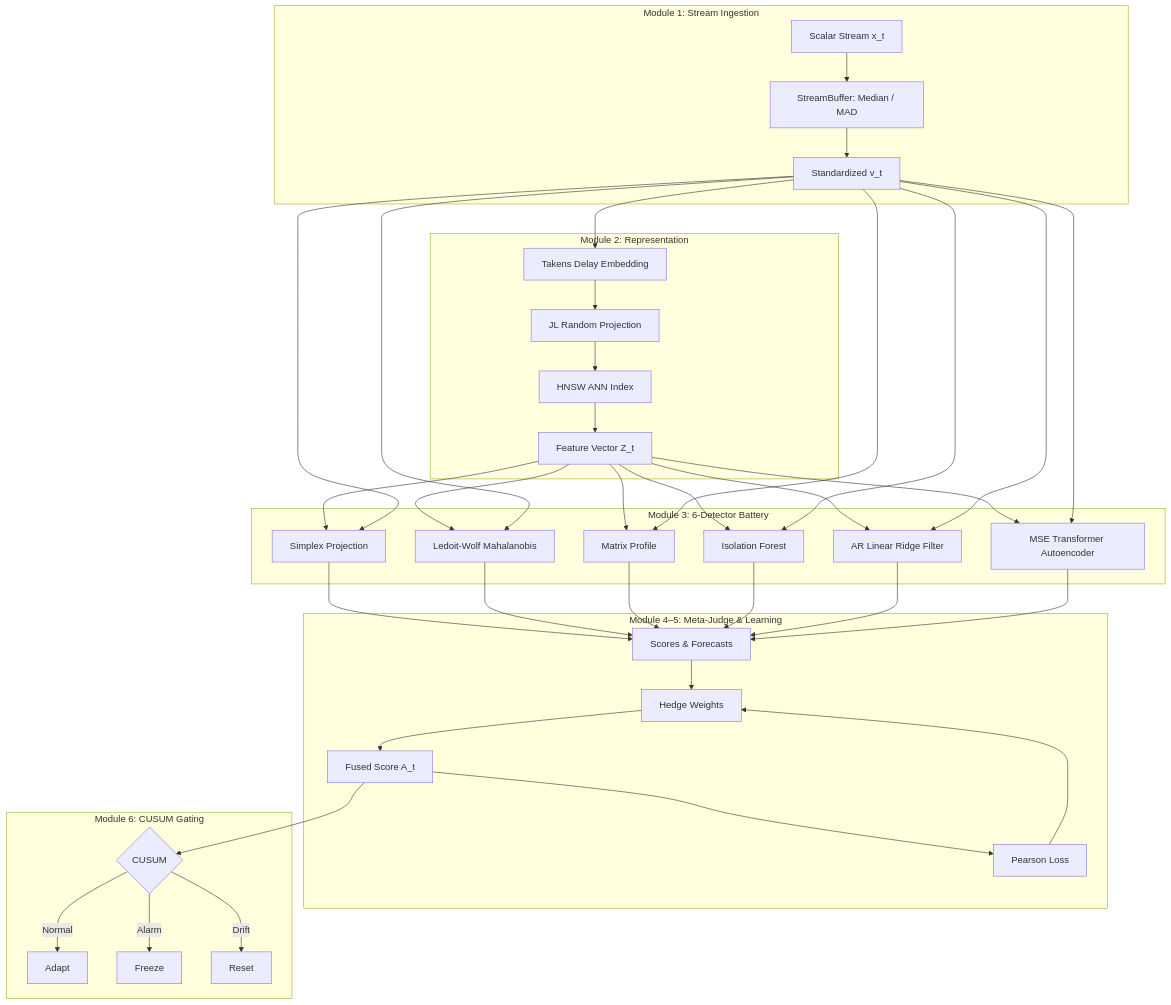
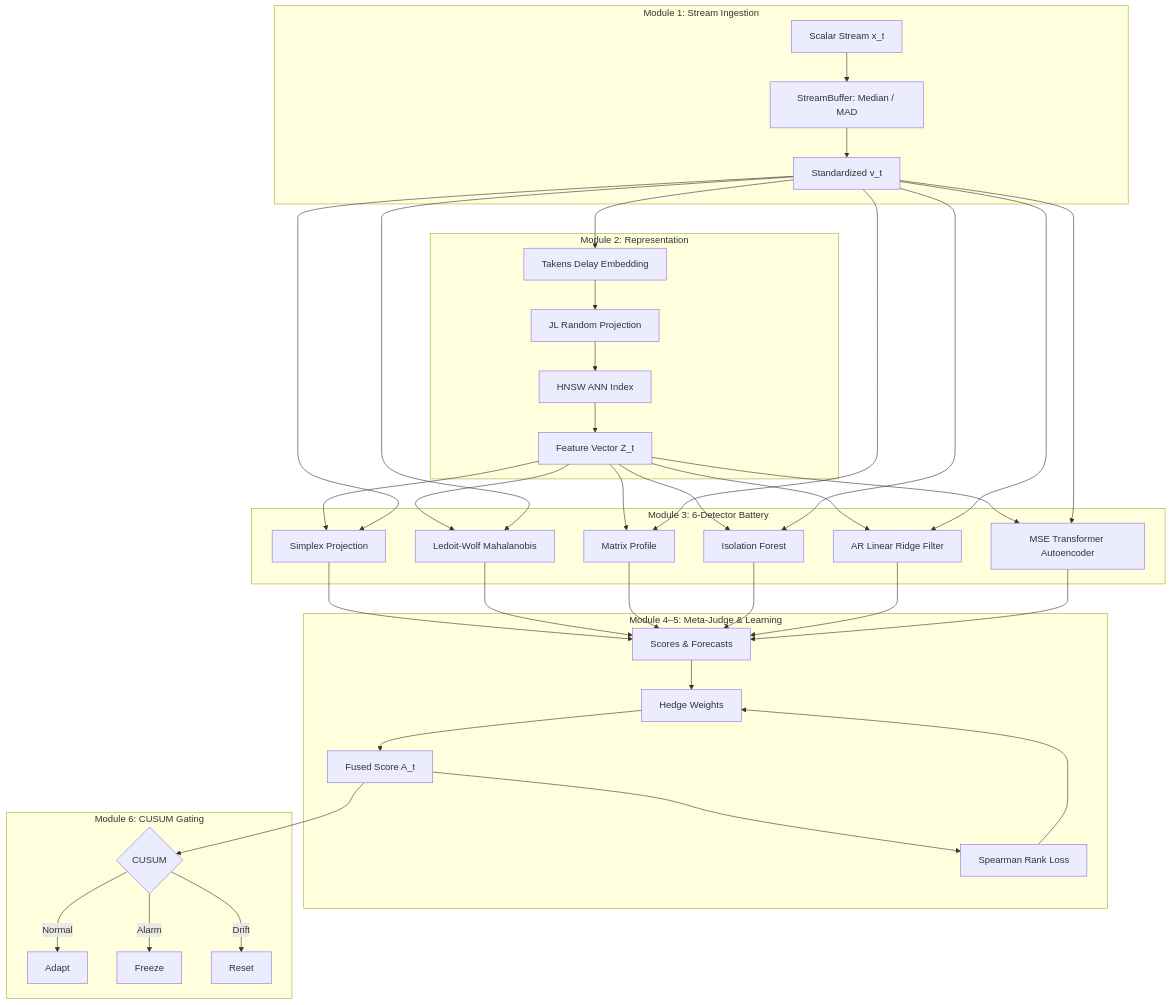
Before and after one commit to mohamedhossammohamed/open-phase-ensemble: the diagram in README.md, drawn with Mermaid. The commit also changed other lines of this file and 3 other files, not shown here.

Commit message:
docs: synchronize README.md and HTML documentation with 20-surrogate IAAFT figures, Spearman Loss, and CUSUM reference isolation

````diff
--- a/README.md
+++ b/README.md
@@ -21,38 +21,38 @@
 ```mermaid
 flowchart TD
     subgraph Ingestion ["Module 1: Stream Ingestion"]
         Stream[Scalar Stream x_t] --> Buffer[StreamBuffer: Median / MAD]
         Buffer --> StreamV[Standardized v_t]
     end
 
     subgraph Representation ["Module 2: Representation"]
         StreamV --> Takens[Takens Delay Embedding]
         Takens --> JL[JL Random Projection]
         JL --> HNSW[HNSW ANN Index]
         HNSW --> VectorZ[Feature Vector Z_t]
     end
 
     subgraph Battery ["Module 3: 6-Detector Battery"]
         VectorZ & StreamV --> D1[Simplex Projection]
         VectorZ & StreamV --> D2[Ledoit-Wolf Mahalanobis]
         VectorZ & StreamV --> D3[Matrix Profile]
         VectorZ & StreamV --> D4[Isolation Forest]
         VectorZ & StreamV --> D5[AR Linear Ridge Filter]
         VectorZ & StreamV --> D6[MSE Transformer Autoencoder]
     end
 
     subgraph MetaJudge ["Module 4–5: Meta-Judge & Learning"]
         D1 & D2 & D3 & D4 & D5 & D6 --> Scores[Scores & Forecasts]
         Scores --> Hedge[Hedge Weights]
         Hedge --> Fusion[Fused Score A_t]
-        Fusion --> PearsonLoss[Pearson Loss]
-        PearsonLoss --> Hedge
+        Fusion --> SpearmanLoss[Spearman Rank Loss]
+        SpearmanLoss --> Hedge
     end
 
     subgraph Gating ["Module 6: CUSUM Gating"]
         Fusion --> CUSUM{CUSUM}
         CUSUM -- Normal --> Adapt[Adapt]
         CUSUM -- Alarm --> Freeze[Freeze]
         CUSUM -- Drift --> Flush[Reset]
     end
 ```
````
